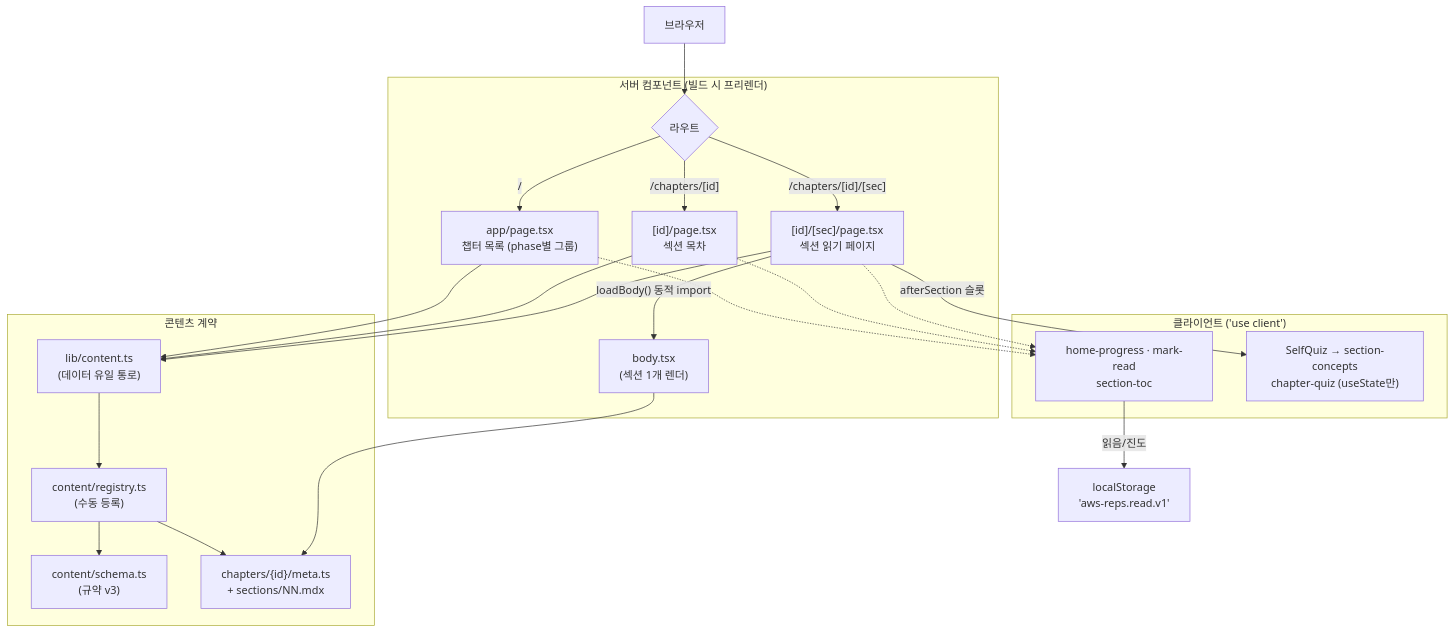
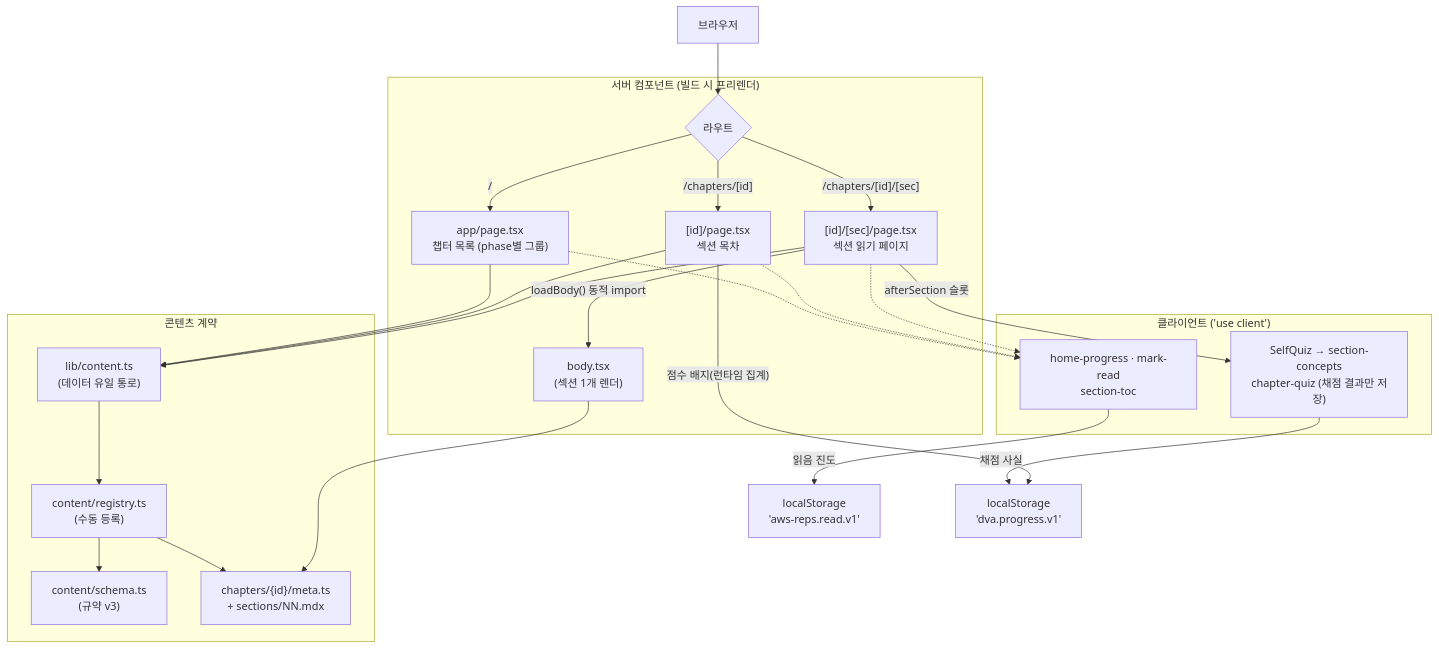
Before and after one commit to padahkim/aws-reps: the second of 4 diagrams in docs/ARCHITECTURE.md, drawn with Mermaid. The commit also changed other lines of this file and 5 other files, not shown here.

First line of the commit message:
fix: address review findings on the quiz progress store

````diff
--- a/docs/ARCHITECTURE.md
+++ b/docs/ARCHITECTURE.md
@@ -85,34 +85,36 @@
 ```mermaid
 flowchart TD
   browser["브라우저"] --> route
 
   subgraph server["서버 컴포넌트 (빌드 시 프리렌더)"]
     route{"라우트"}
     route -->|"/"| home["app/page.tsx<br/>챕터 목록 (phase별 그룹)"]
     route -->|"/chapters/[id]"| toc["[id]/page.tsx<br/>섹션 목차"]
     route -->|"/chapters/[id]/[sec]"| sec["[id]/[sec]/page.tsx<br/>섹션 읽기 페이지"]
     sec -->|"loadBody() 동적 import"| body["body.tsx<br/>(섹션 1개 렌더)"]
   end
 
   subgraph content["콘텐츠 계약"]
     lib["lib/content.ts<br/>(데이터 유일 통로)"] --> registry["content/registry.ts<br/>(수동 등록)"]
     registry --> schema["content/schema.ts<br/>(규약 v3)"]
     registry --> meta["chapters/{id}/meta.ts<br/>+ sections/NN.mdx"]
   end
 
   home --> lib
   toc --> lib
   sec --> lib
   body --> meta
 
   subgraph client["클라이언트 ('use client')"]
     prog["home-progress · mark-read<br/>section-toc"]
-    learn["SelfQuiz → section-concepts<br/>chapter-quiz (useState만)"]
+    learn["SelfQuiz → section-concepts<br/>chapter-quiz (채점 결과만 저장)"]
   end
 
   home -.-> prog
   toc -.-> prog
   sec -.-> prog
   sec -->|"afterSection 슬롯"| learn
-  prog -->|"읽음/진도"| ls["localStorage<br/>'aws-reps.read.v1'"]
+  prog -->|"읽음 진도"| ls["localStorage<br/>'aws-reps.read.v1'"]
+  learn -->|"채점 사실"| ps["localStorage<br/>'dva.progress.v1'"]
+  toc -->|"점수 배지(런타임 집계)"| ps
 ```
````
